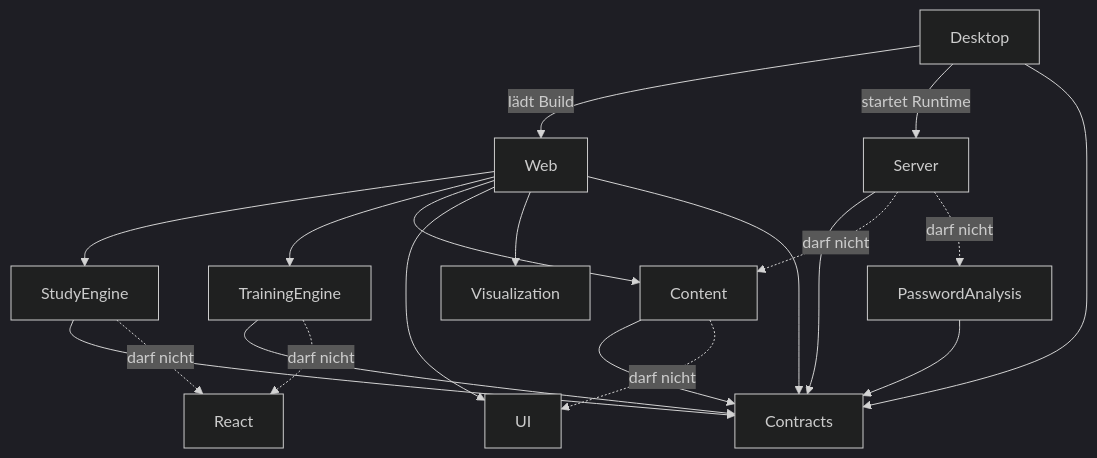
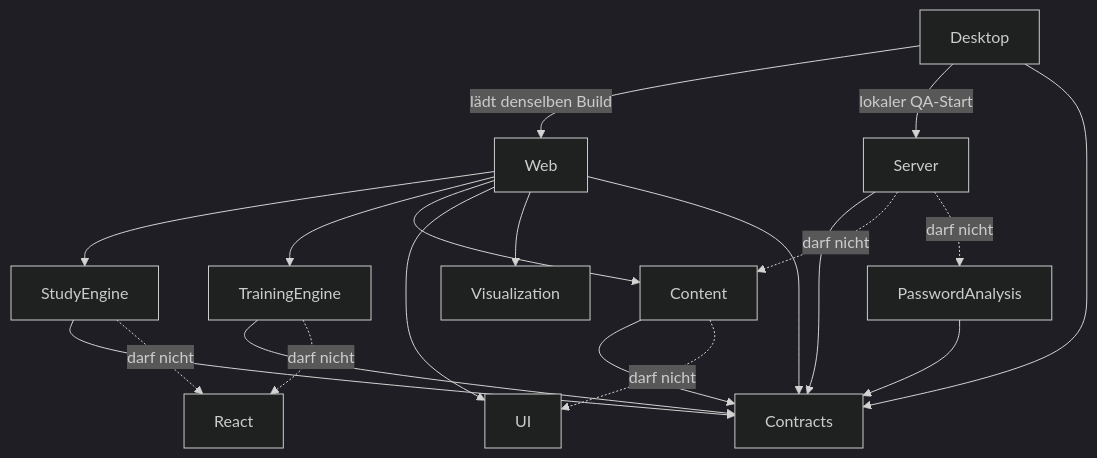
One commit to GitJestry/passwo-authentication-onboarding changed the second of 2 diagrams in docs/architecture/ARCHITECTURE.md. Above: the diagram before and after it, drawn with Mermaid (dark theme). The commit also changed other lines of this file and 27 other files, not shown here.

````diff
--- a/docs/architecture/ARCHITECTURE.md
+++ b/docs/architecture/ARCHITECTURE.md
@@ -57,23 +74,23 @@
 ```mermaid
 flowchart TD
-  Desktop -->|lädt Build| Web
-  Desktop -->|startet Runtime| Server
+  Desktop -->|lädt denselben Build| Web
+  Desktop -->|lokaler QA-Start| Server
   Desktop --> Contracts
   Web --> StudyEngine
   Web --> TrainingEngine
   Web --> Content
   Web --> UI
   Web --> Visualization
   Web --> Contracts
   Server --> Contracts
   StudyEngine --> Contracts
   TrainingEngine --> Contracts
   Content --> Contracts
   PasswordAnalysis --> Contracts
 
   Server -. darf nicht .-> Content
   Server -. darf nicht .-> PasswordAnalysis
   Content -. darf nicht .-> UI
   TrainingEngine -. darf nicht .-> React[React]
   StudyEngine -. darf nicht .-> React
 ```
````
